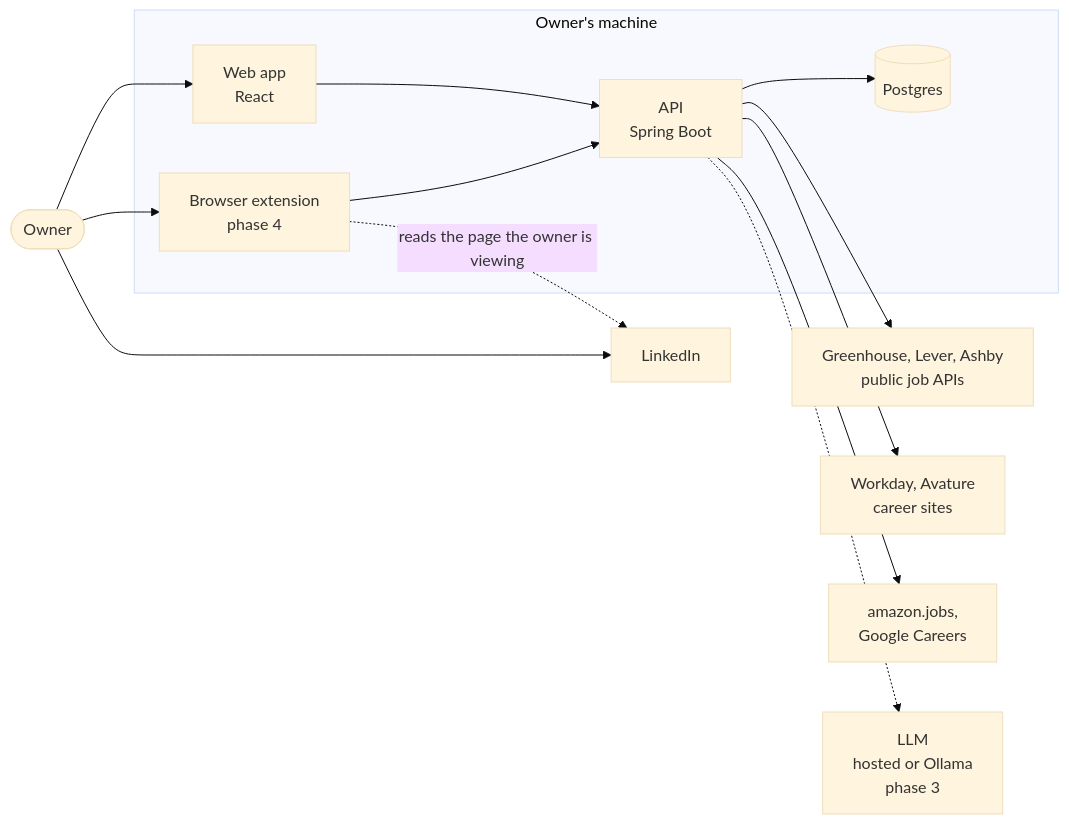
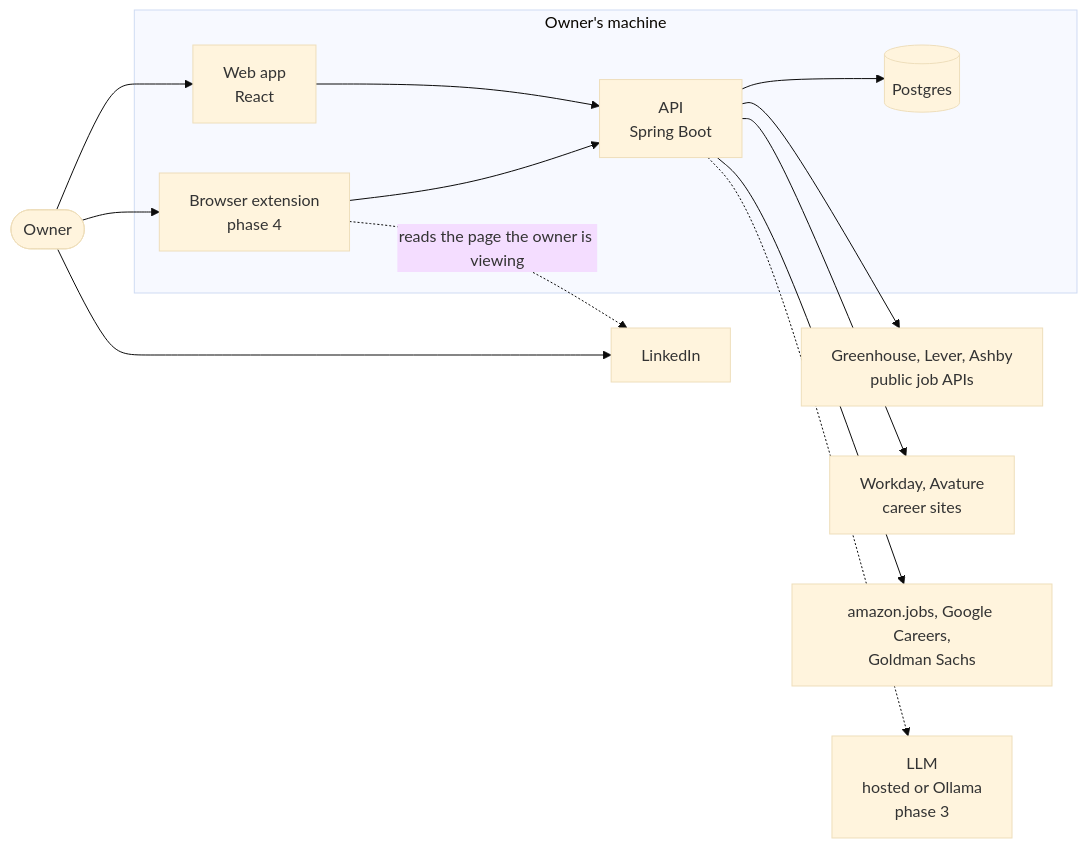
One commit to TechByChibuzo/job-search-assistant changed the first of 5 diagrams in docs/architecture.md. Above: the diagram before and after it, drawn with Mermaid (base theme). The commit also changed other lines of this file and 3 other files, not shown here.

First line of the commit message:
docs: Goldman Sachs source and job-alert email import on the roadmap

````diff
--- a/docs/architecture.md
+++ b/docs/architecture.md
@@ -32,27 +32,27 @@
 ```mermaid
 flowchart LR
     owner([Owner])
     subgraph local[Owner's machine]
         web[Web app<br/>React]
         ext[Browser extension<br/>phase 4]
         api[API<br/>Spring Boot]
         db[(Postgres)]
     end
     gh[Greenhouse, Lever, Ashby<br/>public job APIs]
     lv[Workday, Avature<br/>career sites]
-    ab[amazon.jobs,<br/>Google Careers]
+    ab[amazon.jobs, Google Careers,<br/>Goldman Sachs]
     llm[LLM<br/>hosted or Ollama<br/>phase 3]
     li[LinkedIn]
 
     owner --> web
     owner --> li
     owner --> ext
     web --> api
     ext --> api
     api --> db
     api --> gh
     api --> lv
     api --> ab
     api -.-> llm
     ext -. reads the page the owner is viewing .-> li
 ```
````
